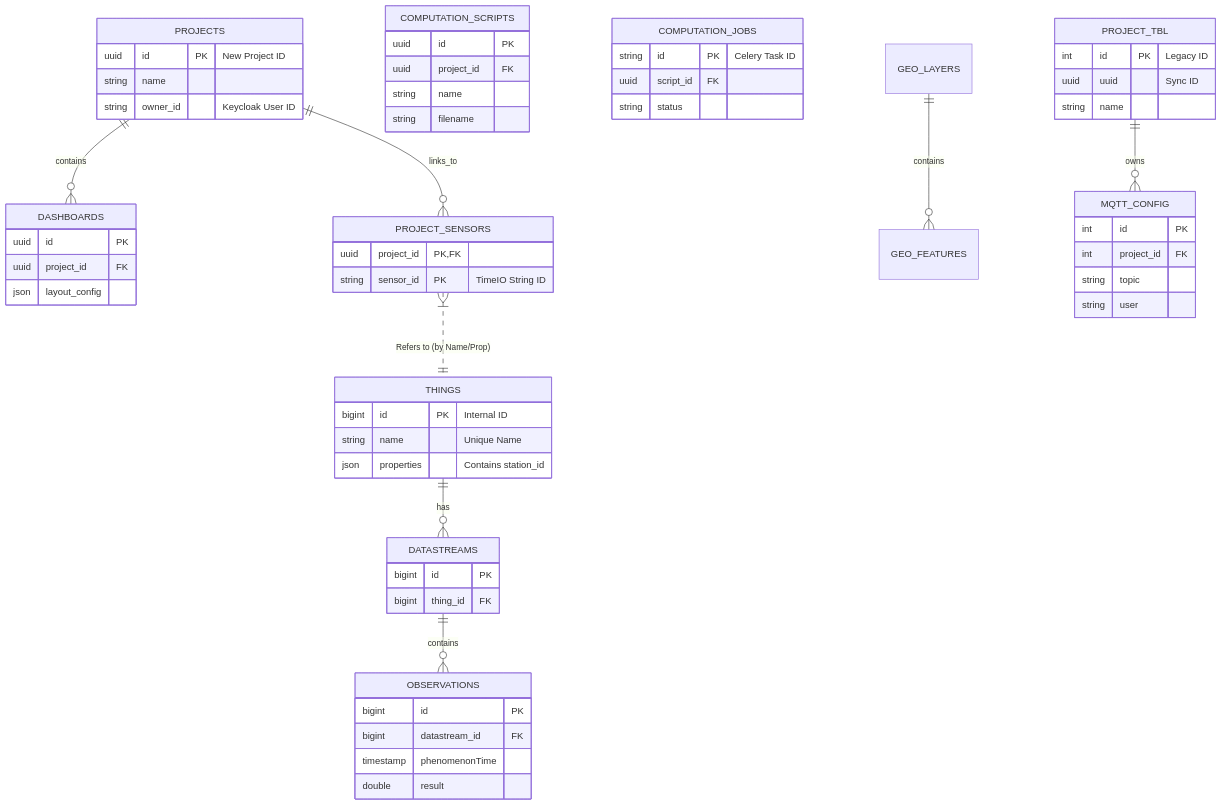
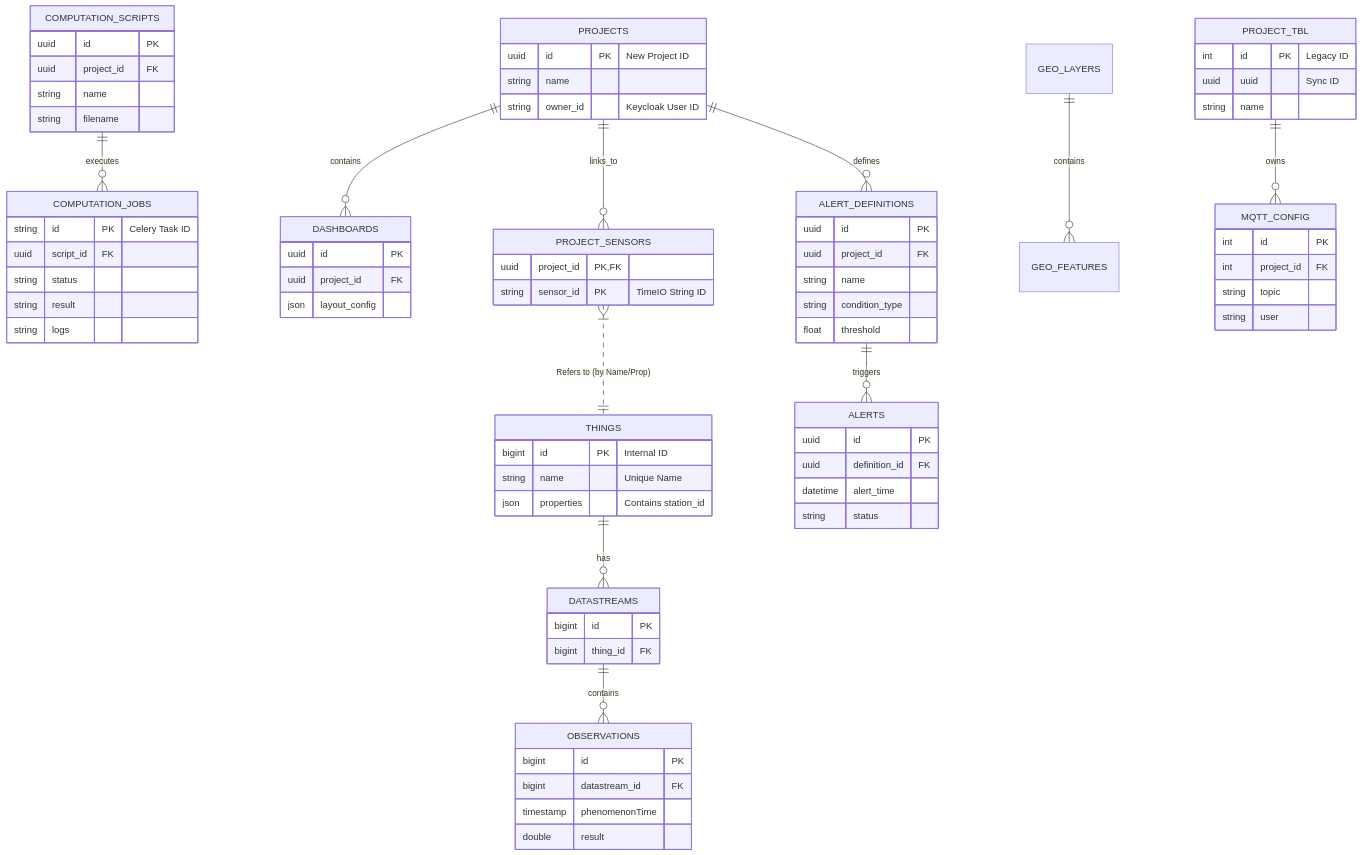
The first of 2 diagrams in README.md (Siki-ux/water_dp), drawn with Mermaid before and after one commit. The commit also changed other lines of this file and 19 other files, not shown here.

```diff
--- a/README.md
+++ b/README.md
@@ -142,6 +146,23 @@
     COMPUTATION_JOBS {
         string id PK "Celery Task ID"
         uuid script_id FK
+        string status
+        string result
+        string logs
+    }
+
+    ALERT_DEFINITIONS {
+        uuid id PK
+        uuid project_id FK
+        string name
+        string condition_type
+        float threshold
+    }
+
+    ALERTS {
+        uuid id PK
+        uuid definition_id FK
+        datetime alert_time
         string status
     }
     
@@ -190,6 +211,13 @@
     %% App User Context
     PROJECTS ||--o{ DASHBOARDS : contains
     PROJECTS ||--o{ PROJECT_SENSORS : links_to
+    PROJECTS ||--o{ ALERT_DEFINITIONS : defines
+    
+    %% Computations
+    COMPUTATION_SCRIPTS ||--o{ COMPUTATION_JOBS : executes
+
+    %% Alerts
+    ALERT_DEFINITIONS ||--o{ ALERTS : triggers
     
     %% Logical Link: App -> TimeIO
     PROJECT_SENSORS }|..|| THINGS : "Refers to (by Name/Prop)"
```
